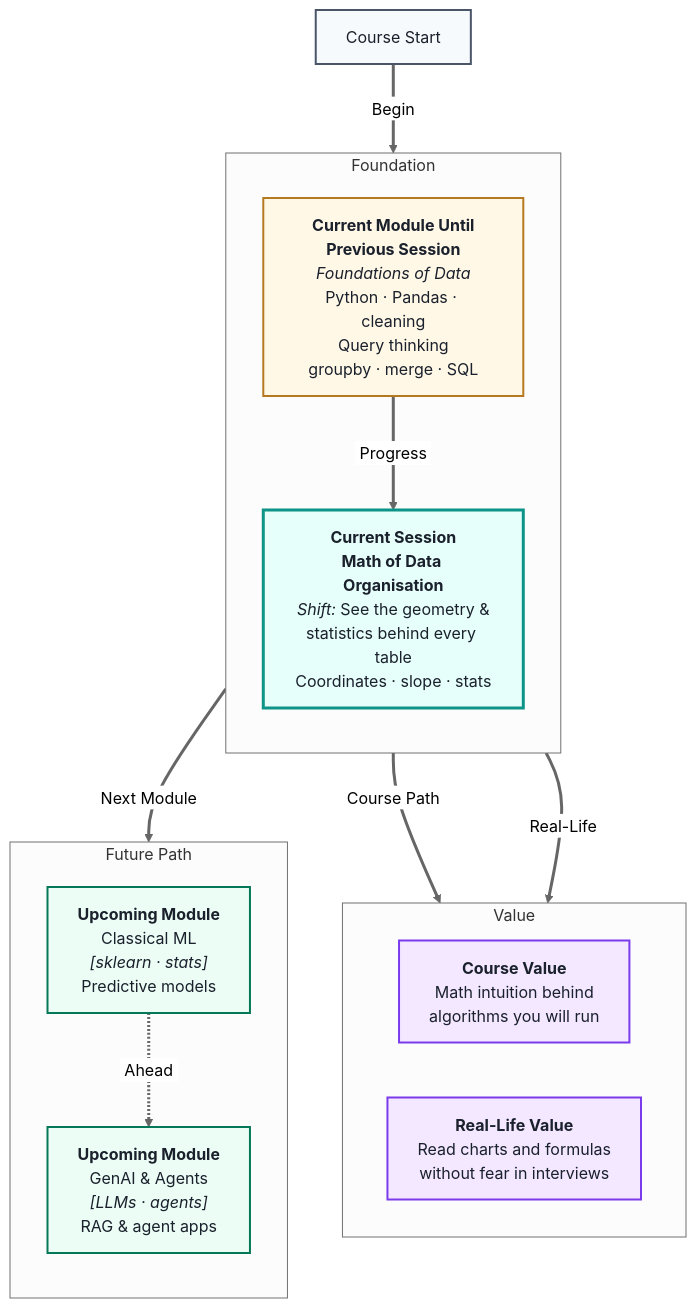
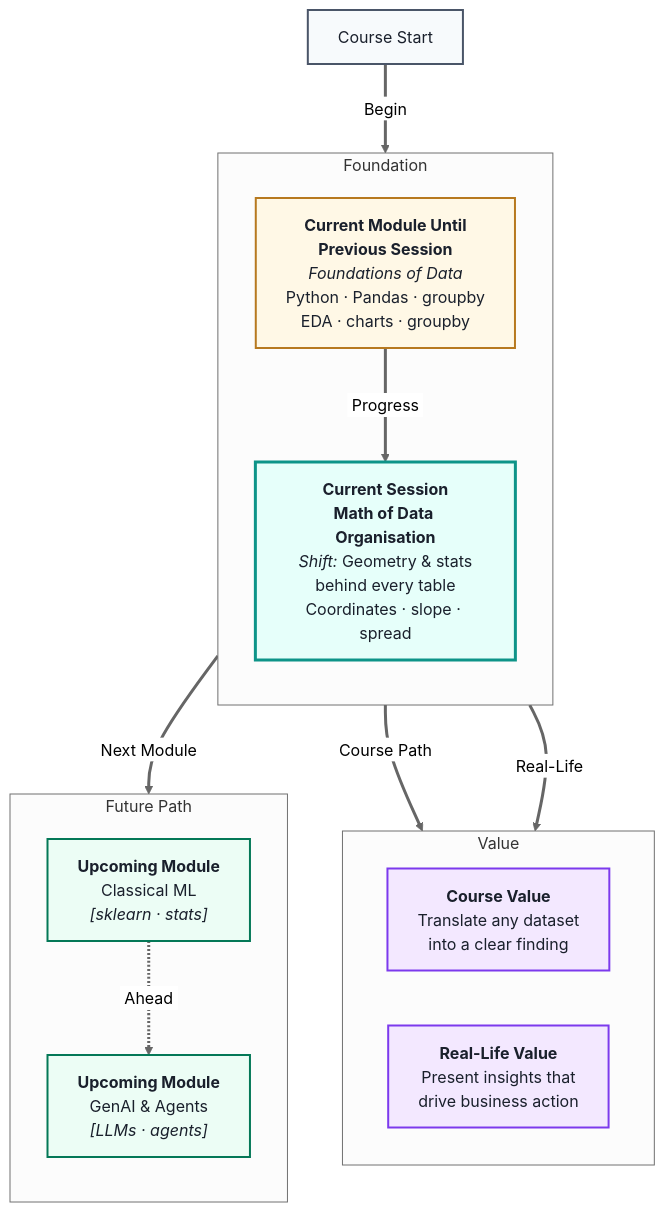
The first of 3 diagrams in IITP_AIML_Regional/IITP-AIMLT-2606/Module 1- Foundations of Data/Session 14- Master class- From Tables to Relationships - The Mathematics of Data Organisation/pre-read: Master class - From Tables to Relationships.md (ritzrmx/Masai_Curriculum), drawn with Mermaid (neutral theme) before and after one commit. The commit also changed other lines of this file and 38 other files, not shown here.

````diff
--- a/IITP_AIML_Regional/IITP-AIMLT-2606/Module 1- Foundations of Data/Session 14- Master class- From Tables to Relationships - The Mathematics of Data Organisation/pre-read: Master class - From Tables to Relationships.md
+++ b/IITP_AIML_Regional/IITP-AIMLT-2606/Module 1- Foundations of Data/Session 14- Master class- From Tables to Relationships - The Mathematics of Data Organisation/pre-read: Master class - From Tables to Relationships.md
@@ -6,42 +6,36 @@
 ```mermaid
 %%{init: {'flowchart': {'nodeSpacing': 55, 'rankSpacing': 65, 'diagramPadding': 24}}}%%
 flowchart TB
 linkStyle default stroke-width:3px
-
 subgraph foundation[" Foundation "]
 direction TB
-    CURMOD["<b>Current Module Until<br/>Previous Session</b><br/><i>Foundations of Data</i><br/>Python · Pandas · cleaning<br/>Query thinking<br/>groupby · merge · SQL"]
-    CURSES["<b>Current Session</b><br/><b>Math of Data Organisation</b><br/><i>Shift:</i> See the geometry &<br/>statistics behind every table<br/>Coordinates · slope · stats"]
+    CURMOD["<b>Current Module Until<br/>Previous Session</b><br/><i>Foundations of Data</i><br/>Python · Pandas · groupby<br/>EDA · charts · groupby"]
+    CURSES["<b>Current Session</b><br/><b>Math of Data Organisation</b><br/><i>Shift:</i> Geometry & stats<br/>behind every table<br/>Coordinates · slope · spread"]
 end
-
 subgraph value[" Value "]
 direction LR
-    CVAL["<b>Course Value</b><br/>Math intuition behind<br/>algorithms you will run"]
-    RVAL["<b>Real-Life Value</b><br/>Read charts and formulas<br/>without fear in interviews"]
+    CVAL["<b>Course Value</b><br/>Translate any dataset<br/>into a clear finding"]
+    RVAL["<b>Real-Life Value</b><br/>Present insights that<br/>drive business action"]
 end
-
 subgraph future[" Future Path "]
 direction TB
-    U0["<b>Upcoming Module</b><br/>Classical ML<br/><i>[sklearn · stats]</i><br/>Predictive models"]
-    U1["<b>Upcoming Module</b><br/>GenAI & Agents<br/><i>[LLMs · agents]</i><br/>RAG & agent apps"]
+    U0["<b>Upcoming Module</b><br/>Classical ML<br/><i>[sklearn · stats]</i>"]
+    U1["<b>Upcoming Module</b><br/>GenAI & Agents<br/><i>[LLMs · agents]</i>"]
 end
-
 START["Course Start"] ==>|&nbsp;Begin&nbsp;| CURMOD
 CURMOD ==>|&nbsp;Progress&nbsp;| CURSES
 CURSES ==>|&nbsp;Course Path&nbsp;| CVAL
 CURSES ==>|&nbsp;Real-Life&nbsp;| RVAL
 CURSES ==>|&nbsp;Next Module&nbsp;| U0
 U0 -.->|&nbsp;Ahead&nbsp;| U1
-
-classDef prevBox fill:#E8F4FC,stroke:#2B6CB0,stroke-width:2px,color:#1A202C
 classDef curModBox fill:#FFF8E6,stroke:#B7791F,stroke-width:2px,color:#1A202C
 classDef curSessBox fill:#E6FFFA,stroke:#0D9488,stroke-width:3px,color:#1A202C
 classDef valueBox fill:#F3E8FF,stroke:#7C3AED,stroke-width:2px,color:#1A202C
 classDef futureBox fill:#ECFDF5,stroke:#047857,stroke-width:2px,color:#1A202C
 classDef startBox fill:#F7FAFC,stroke:#4A5568,stroke-width:2px,color:#1A202C
 class START startBox
 class CURMOD curModBox
 class CURSES curSessBox
 class CVAL,RVAL valueBox
 class U0,U1 futureBox
 ```
````
